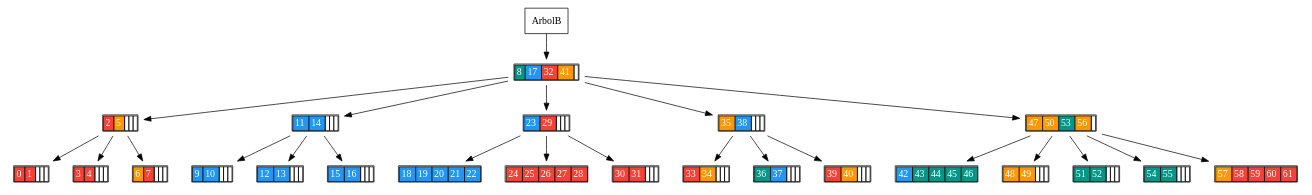
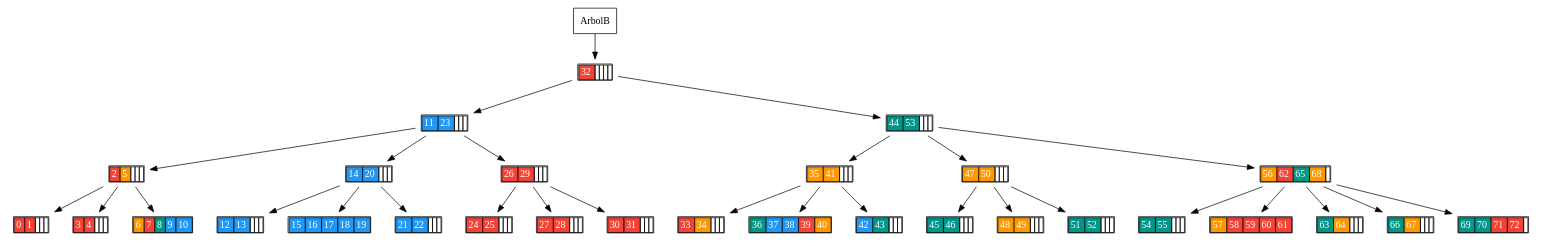
One commit to pablunsky/fuzzy-cat changed the diagram in servidor/src/main/webapp/W3.CSS Template_files/arbol.dot. Above: the diagram before and after it, drawn with Graphviz. The commit also changed 83 other files, not shown here.

```diff
--- a/servidor/src/main/webapp/W3.CSS Template_files/arbol.dot
+++ b/servidor/src/main/webapp/W3.CSS Template_files/arbol.dot
@@ -1,48 +1,60 @@
 digraph arbol{
-ArbolB [shape=record, fontname="Raleway", label=ArbolB]2109226365 [shape=none, fontname="Raleway",label=<<TABLE CELLSPACING="0"><TR><TD BGCOLOR ="#009688"><FONT COLOR="white">8</FONT></TD><TD BGCOLOR ="#2196F3"><FONT COLOR="white">17</FONT></TD><TD BGCOLOR ="#f44336"><FONT COLOR="white">32</FONT></TD><TD BGCOLOR ="#ff9800"><FONT COLOR="white">41</FONT></TD><TD></TD></TR></TABLE>>];
-ArbolB -> 2109226365;
-395342106 [shape=none, fontname="Raleway",label=<<TABLE CELLSPACING="0"><TR><TD BGCOLOR ="#f44336"><FONT COLOR="white">2</FONT></TD><TD BGCOLOR ="#ff9800"><FONT COLOR="white">5</FONT></TD><TD></TD><TD></TD><TD></TD></TR></TABLE>>];
-2109226365 -> 395342106;
-1432263561 [shape=none, fontname="Raleway",label=<<TABLE CELLSPACING="0"><TR><TD BGCOLOR ="#f44336"><FONT COLOR="white">0</FONT></TD><TD BGCOLOR ="#f44336"><FONT COLOR="white">1</FONT></TD><TD></TD><TD></TD><TD></TD></TR></TABLE>>];
-395342106 -> 1432263561;
-2053160867 [shape=none, fontname="Raleway",label=<<TABLE CELLSPACING="0"><TR><TD BGCOLOR ="#f44336"><FONT COLOR="white">3</FONT></TD><TD BGCOLOR ="#f44336"><FONT COLOR="white">4</FONT></TD><TD></TD><TD></TD><TD></TD></TR></TABLE>>];
-395342106 -> 2053160867;
-1175402055 [shape=none, fontname="Raleway",label=<<TABLE CELLSPACING="0"><TR><TD BGCOLOR ="#ff9800"><FONT COLOR="white">6</FONT></TD><TD BGCOLOR ="#f44336"><FONT COLOR="white">7</FONT></TD><TD></TD><TD></TD><TD></TD></TR></TABLE>>];
-395342106 -> 1175402055;
-1375962941 [shape=none, fontname="Raleway",label=<<TABLE CELLSPACING="0"><TR><TD BGCOLOR ="#2196F3"><FONT COLOR="white">11</FONT></TD><TD BGCOLOR ="#2196F3"><FONT COLOR="white">14</FONT></TD><TD></TD><TD></TD><TD></TD></TR></TABLE>>];
-2109226365 -> 1375962941;
-1931533351 [shape=none, fontname="Raleway",label=<<TABLE CELLSPACING="0"><TR><TD BGCOLOR ="#2196F3"><FONT COLOR="white">9</FONT></TD><TD BGCOLOR ="#2196F3"><FONT COLOR="white">10</FONT></TD><TD></TD><TD></TD><TD></TD></TR></TABLE>>];
-1375962941 -> 1931533351;
-214104135 [shape=none, fontname="Raleway",label=<<TABLE CELLSPACING="0"><TR><TD BGCOLOR ="#2196F3"><FONT COLOR="white">12</FONT></TD><TD BGCOLOR ="#2196F3"><FONT COLOR="white">13</FONT></TD><TD></TD><TD></TD><TD></TD></TR></TABLE>>];
-1375962941 -> 214104135;
-859855510 [shape=none, fontname="Raleway",label=<<TABLE CELLSPACING="0"><TR><TD BGCOLOR ="#2196F3"><FONT COLOR="white">15</FONT></TD><TD BGCOLOR ="#2196F3"><FONT COLOR="white">16</FONT></TD><TD></TD><TD></TD><TD></TD></TR></TABLE>>];
-1375962941 -> 859855510;
-2100566444 [shape=none, fontname="Raleway",label=<<TABLE CELLSPACING="0"><TR><TD BGCOLOR ="#2196F3"><FONT COLOR="white">23</FONT></TD><TD BGCOLOR ="#f44336"><FONT COLOR="white">29</FONT></TD><TD></TD><TD></TD><TD></TD></TR></TABLE>>];
-2109226365 -> 2100566444;
-134226889 [shape=none, fontname="Raleway",label=<<TABLE CELLSPACING="0"><TR><TD BGCOLOR ="#2196F3"><FONT COLOR="white">18</FONT></TD><TD BGCOLOR ="#2196F3"><FONT COLOR="white">19</FONT></TD><TD BGCOLOR ="#2196F3"><FONT COLOR="white">20</FONT></TD><TD BGCOLOR ="#2196F3"><FONT COLOR="white">21</FONT></TD><TD BGCOLOR ="#2196F3"><FONT COLOR="white">22</FONT></TD></TR></TABLE>>];
-2100566444 -> 134226889;
-328983118 [shape=none, fontname="Raleway",label=<<TABLE CELLSPACING="0"><TR><TD BGCOLOR ="#f44336"><FONT COLOR="white">24</FONT></TD><TD BGCOLOR ="#f44336"><FONT COLOR="white">25</FONT></TD><TD BGCOLOR ="#f44336"><FONT COLOR="white">26</FONT></TD><TD BGCOLOR ="#f44336"><FONT COLOR="white">27</FONT></TD><TD BGCOLOR ="#f44336"><FONT COLOR="white">28</FONT></TD></TR></TABLE>>];
-2100566444 -> 328983118;
-582913601 [shape=none, fontname="Raleway",label=<<TABLE CELLSPACING="0"><TR><TD BGCOLOR ="#f44336"><FONT COLOR="white">30</FONT></TD><TD BGCOLOR ="#f44336"><FONT COLOR="white">31</FONT></TD><TD></TD><TD></TD><TD></TD></TR></TABLE>>];
-2100566444 -> 582913601;
-2132413123 [shape=none, fontname="Raleway",label=<<TABLE CELLSPACING="0"><TR><TD BGCOLOR ="#ff9800"><FONT COLOR="white">35</FONT></TD><TD BGCOLOR ="#2196F3"><FONT COLOR="white">38</FONT></TD><TD></TD><TD></TD><TD></TD></TR></TABLE>>];
-2109226365 -> 2132413123;
-1980592258 [shape=none, fontname="Raleway",label=<<TABLE CELLSPACING="0"><TR><TD BGCOLOR ="#f44336"><FONT COLOR="white">33</FONT></TD><TD BGCOLOR ="#ff9800"><FONT COLOR="white">34</FONT></TD><TD></TD><TD></TD><TD></TD></TR></TABLE>>];
-2132413123 -> 1980592258;
-986211743 [shape=none, fontname="Raleway",label=<<TABLE CELLSPACING="0"><TR><TD BGCOLOR ="#009688"><FONT COLOR="white">36</FONT></TD><TD BGCOLOR ="#2196F3"><FONT COLOR="white">37</FONT></TD><TD></TD><TD></TD><TD></TD></TR></TABLE>>];
-2132413123 -> 986211743;
-1825712129 [shape=none, fontname="Raleway",label=<<TABLE CELLSPACING="0"><TR><TD BGCOLOR ="#f44336"><FONT COLOR="white">39</FONT></TD><TD BGCOLOR ="#ff9800"><FONT COLOR="white">40</FONT></TD><TD></TD><TD></TD><TD></TD></TR></TABLE>>];
-2132413123 -> 1825712129;
-1127312202 [shape=none, fontname="Raleway",label=<<TABLE CELLSPACING="0"><TR><TD BGCOLOR ="#ff9800"><FONT COLOR="white">47</FONT></TD><TD BGCOLOR ="#ff9800"><FONT COLOR="white">50</FONT></TD><TD BGCOLOR ="#009688"><FONT COLOR="white">53</FONT></TD><TD BGCOLOR ="#ff9800"><FONT COLOR="white">56</FONT></TD><TD></TD></TR></TABLE>>];
-2109226365 -> 1127312202;
-1587907278 [shape=none, fontname="Raleway",label=<<TABLE CELLSPACING="0"><TR><TD BGCOLOR ="#2196F3"><FONT COLOR="white">42</FONT></TD><TD BGCOLOR ="#009688"><FONT COLOR="white">43</FONT></TD><TD BGCOLOR ="#009688"><FONT COLOR="white">44</FONT></TD><TD BGCOLOR ="#009688"><FONT COLOR="white">45</FONT></TD><TD BGCOLOR ="#009688"><FONT COLOR="white">46</FONT></TD></TR></TABLE>>];
-1127312202 -> 1587907278;
-658044952 [shape=none, fontname="Raleway",label=<<TABLE CELLSPACING="0"><TR><TD BGCOLOR ="#ff9800"><FONT COLOR="white">48</FONT></TD><TD BGCOLOR ="#ff9800"><FONT COLOR="white">49</FONT></TD><TD></TD><TD></TD><TD></TD></TR></TABLE>>];
-1127312202 -> 658044952;
-1524059870 [shape=none, fontname="Raleway",label=<<TABLE CELLSPACING="0"><TR><TD BGCOLOR ="#009688"><FONT COLOR="white">51</FONT></TD><TD BGCOLOR ="#009688"><FONT COLOR="white">52</FONT></TD><TD></TD><TD></TD><TD></TD></TR></TABLE>>];
-1127312202 -> 1524059870;
-309597685 [shape=none, fontname="Raleway",label=<<TABLE CELLSPACING="0"><TR><TD BGCOLOR ="#009688"><FONT COLOR="white">54</FONT></TD><TD BGCOLOR ="#009688"><FONT COLOR="white">55</FONT></TD><TD></TD><TD></TD><TD></TD></TR></TABLE>>];
-1127312202 -> 309597685;
-29779396 [shape=none, fontname="Raleway",label=<<TABLE CELLSPACING="0"><TR><TD BGCOLOR ="#ff9800"><FONT COLOR="white">57</FONT></TD><TD BGCOLOR ="#f44336"><FONT COLOR="white">58</FONT></TD><TD BGCOLOR ="#f44336"><FONT COLOR="white">59</FONT></TD><TD BGCOLOR ="#f44336"><FONT COLOR="white">60</FONT></TD><TD BGCOLOR ="#f44336"><FONT COLOR="white">61</FONT></TD></TR></TABLE>>];
-1127312202 -> 29779396;
+ArbolB [shape=record, fontname="Raleway", label=ArbolB]29193928 [shape=none, fontname="Raleway",label=<<TABLE CELLSPACING="0"><TR><TD BGCOLOR ="#f44336"><FONT COLOR="white">32</FONT></TD><TD></TD><TD></TD><TD></TD><TD></TD></TR></TABLE>>];
+ArbolB -> 29193928;
+1119079075 [shape=none, fontname="Raleway",label=<<TABLE CELLSPACING="0"><TR><TD BGCOLOR ="#2196F3"><FONT COLOR="white">11</FONT></TD><TD BGCOLOR ="#2196F3"><FONT COLOR="white">23</FONT></TD><TD></TD><TD></TD><TD></TD></TR></TABLE>>];
+29193928 -> 1119079075;
+469108039 [shape=none, fontname="Raleway",label=<<TABLE CELLSPACING="0"><TR><TD BGCOLOR ="#f44336"><FONT COLOR="white">2</FONT></TD><TD BGCOLOR ="#ff9800"><FONT COLOR="white">5</FONT></TD><TD></TD><TD></TD><TD></TD></TR></TABLE>>];
+1119079075 -> 469108039;
+1882035469 [shape=none, fontname="Raleway",label=<<TABLE CELLSPACING="0"><TR><TD BGCOLOR ="#f44336"><FONT COLOR="white">0</FONT></TD><TD BGCOLOR ="#f44336"><FONT COLOR="white">1</FONT></TD><TD></TD><TD></TD><TD></TD></TR></TABLE>>];
+469108039 -> 1882035469;
+441231094 [shape=none, fontname="Raleway",label=<<TABLE CELLSPACING="0"><TR><TD BGCOLOR ="#f44336"><FONT COLOR="white">3</FONT></TD><TD BGCOLOR ="#f44336"><FONT COLOR="white">4</FONT></TD><TD></TD><TD></TD><TD></TD></TR></TABLE>>];
+469108039 -> 441231094;
+1190564302 [shape=none, fontname="Raleway",label=<<TABLE CELLSPACING="0"><TR><TD BGCOLOR ="#ff9800"><FONT COLOR="white">6</FONT></TD><TD BGCOLOR ="#f44336"><FONT COLOR="white">7</FONT></TD><TD BGCOLOR ="#009688"><FONT COLOR="white">8</FONT></TD><TD BGCOLOR ="#2196F3"><FONT COLOR="white">9</FONT></TD><TD BGCOLOR ="#2196F3"><FONT COLOR="white">10</FONT></TD></TR></TABLE>>];
+469108039 -> 1190564302;
+1828812906 [shape=none, fontname="Raleway",label=<<TABLE CELLSPACING="0"><TR><TD BGCOLOR ="#2196F3"><FONT COLOR="white">14</FONT></TD><TD BGCOLOR ="#2196F3"><FONT COLOR="white">20</FONT></TD><TD></TD><TD></TD><TD></TD></TR></TABLE>>];
+1119079075 -> 1828812906;
+1905790266 [shape=none, fontname="Raleway",label=<<TABLE CELLSPACING="0"><TR><TD BGCOLOR ="#2196F3"><FONT COLOR="white">12</FONT></TD><TD BGCOLOR ="#2196F3"><FONT COLOR="white">13</FONT></TD><TD></TD><TD></TD><TD></TD></TR></TABLE>>];
+1828812906 -> 1905790266;
+245133033 [shape=none, fontname="Raleway",label=<<TABLE CELLSPACING="0"><TR><TD BGCOLOR ="#2196F3"><FONT COLOR="white">15</FONT></TD><TD BGCOLOR ="#2196F3"><FONT COLOR="white">16</FONT></TD><TD BGCOLOR ="#2196F3"><FONT COLOR="white">17</FONT></TD><TD BGCOLOR ="#2196F3"><FONT COLOR="white">18</FONT></TD><TD BGCOLOR ="#2196F3"><FONT COLOR="white">19</FONT></TD></TR></TABLE>>];
+1828812906 -> 245133033;
+2081879573 [shape=none, fontname="Raleway",label=<<TABLE CELLSPACING="0"><TR><TD BGCOLOR ="#2196F3"><FONT COLOR="white">21</FONT></TD><TD BGCOLOR ="#2196F3"><FONT COLOR="white">22</FONT></TD><TD></TD><TD></TD><TD></TD></TR></TABLE>>];
+1828812906 -> 2081879573;
+447874005 [shape=none, fontname="Raleway",label=<<TABLE CELLSPACING="0"><TR><TD BGCOLOR ="#f44336"><FONT COLOR="white">26</FONT></TD><TD BGCOLOR ="#f44336"><FONT COLOR="white">29</FONT></TD><TD></TD><TD></TD><TD></TD></TR></TABLE>>];
+1119079075 -> 447874005;
+737295460 [shape=none, fontname="Raleway",label=<<TABLE CELLSPACING="0"><TR><TD BGCOLOR ="#f44336"><FONT COLOR="white">24</FONT></TD><TD BGCOLOR ="#f44336"><FONT COLOR="white">25</FONT></TD><TD></TD><TD></TD><TD></TD></TR></TABLE>>];
+447874005 -> 737295460;
+1190458581 [shape=none, fontname="Raleway",label=<<TABLE CELLSPACING="0"><TR><TD BGCOLOR ="#f44336"><FONT COLOR="white">27</FONT></TD><TD BGCOLOR ="#f44336"><FONT COLOR="white">28</FONT></TD><TD></TD><TD></TD><TD></TD></TR></TABLE>>];
+447874005 -> 1190458581;
+219747392 [shape=none, fontname="Raleway",label=<<TABLE CELLSPACING="0"><TR><TD BGCOLOR ="#f44336"><FONT COLOR="white">30</FONT></TD><TD BGCOLOR ="#f44336"><FONT COLOR="white">31</FONT></TD><TD></TD><TD></TD><TD></TD></TR></TABLE>>];
+447874005 -> 219747392;
+129958557 [shape=none, fontname="Raleway",label=<<TABLE CELLSPACING="0"><TR><TD BGCOLOR ="#009688"><FONT COLOR="white">44</FONT></TD><TD BGCOLOR ="#009688"><FONT COLOR="white">53</FONT></TD><TD></TD><TD></TD><TD></TD></TR></TABLE>>];
+29193928 -> 129958557;
+1024728850 [shape=none, fontname="Raleway",label=<<TABLE CELLSPACING="0"><TR><TD BGCOLOR ="#ff9800"><FONT COLOR="white">35</FONT></TD><TD BGCOLOR ="#ff9800"><FONT COLOR="white">41</FONT></TD><TD></TD><TD></TD><TD></TD></TR></TABLE>>];
+129958557 -> 1024728850;
+1546065465 [shape=none, fontname="Raleway",label=<<TABLE CELLSPACING="0"><TR><TD BGCOLOR ="#f44336"><FONT COLOR="white">33</FONT></TD><TD BGCOLOR ="#ff9800"><FONT COLOR="white">34</FONT></TD><TD></TD><TD></TD><TD></TD></TR></TABLE>>];
+1024728850 -> 1546065465;
+433697513 [shape=none, fontname="Raleway",label=<<TABLE CELLSPACING="0"><TR><TD BGCOLOR ="#009688"><FONT COLOR="white">36</FONT></TD><TD BGCOLOR ="#2196F3"><FONT COLOR="white">37</FONT></TD><TD BGCOLOR ="#2196F3"><FONT COLOR="white">38</FONT></TD><TD BGCOLOR ="#f44336"><FONT COLOR="white">39</FONT></TD><TD BGCOLOR ="#ff9800"><FONT COLOR="white">40</FONT></TD></TR></TABLE>>];
+1024728850 -> 433697513;
+1712189605 [shape=none, fontname="Raleway",label=<<TABLE CELLSPACING="0"><TR><TD BGCOLOR ="#2196F3"><FONT COLOR="white">42</FONT></TD><TD BGCOLOR ="#009688"><FONT COLOR="white">43</FONT></TD><TD></TD><TD></TD><TD></TD></TR></TABLE>>];
+1024728850 -> 1712189605;
+2071764985 [shape=none, fontname="Raleway",label=<<TABLE CELLSPACING="0"><TR><TD BGCOLOR ="#ff9800"><FONT COLOR="white">47</FONT></TD><TD BGCOLOR ="#ff9800"><FONT COLOR="white">50</FONT></TD><TD></TD><TD></TD><TD></TD></TR></TABLE>>];
+129958557 -> 2071764985;
+529451121 [shape=none, fontname="Raleway",label=<<TABLE CELLSPACING="0"><TR><TD BGCOLOR ="#009688"><FONT COLOR="white">45</FONT></TD><TD BGCOLOR ="#009688"><FONT COLOR="white">46</FONT></TD><TD></TD><TD></TD><TD></TD></TR></TABLE>>];
+2071764985 -> 529451121;
+1259630483 [shape=none, fontname="Raleway",label=<<TABLE CELLSPACING="0"><TR><TD BGCOLOR ="#ff9800"><FONT COLOR="white">48</FONT></TD><TD BGCOLOR ="#ff9800"><FONT COLOR="white">49</FONT></TD><TD></TD><TD></TD><TD></TD></TR></TABLE>>];
+2071764985 -> 1259630483;
+1117075084 [shape=none, fontname="Raleway",label=<<TABLE CELLSPACING="0"><TR><TD BGCOLOR ="#009688"><FONT COLOR="white">51</FONT></TD><TD BGCOLOR ="#009688"><FONT COLOR="white">52</FONT></TD><TD></TD><TD></TD><TD></TD></TR></TABLE>>];
+2071764985 -> 1117075084;
+1560930928 [shape=none, fontname="Raleway",label=<<TABLE CELLSPACING="0"><TR><TD BGCOLOR ="#ff9800"><FONT COLOR="white">56</FONT></TD><TD BGCOLOR ="#f44336"><FONT COLOR="white">62</FONT></TD><TD BGCOLOR ="#009688"><FONT COLOR="white">65</FONT></TD><TD BGCOLOR ="#ff9800"><FONT COLOR="white">68</FONT></TD><TD></TD></TR></TABLE>>];
+129958557 -> 1560930928;
+875392224 [shape=none, fontname="Raleway",label=<<TABLE CELLSPACING="0"><TR><TD BGCOLOR ="#009688"><FONT COLOR="white">54</FONT></TD><TD BGCOLOR ="#009688"><FONT COLOR="white">55</FONT></TD><TD></TD><TD></TD><TD></TD></TR></TABLE>>];
+1560930928 -> 875392224;
+1554900225 [shape=none, fontname="Raleway",label=<<TABLE CELLSPACING="0"><TR><TD BGCOLOR ="#ff9800"><FONT COLOR="white">57</FONT></TD><TD BGCOLOR ="#f44336"><FONT COLOR="white">58</FONT></TD><TD BGCOLOR ="#f44336"><FONT COLOR="white">59</FONT></TD><TD BGCOLOR ="#f44336"><FONT COLOR="white">60</FONT></TD><TD BGCOLOR ="#f44336"><FONT COLOR="white">61</FONT></TD></TR></TABLE>>];
+1560930928 -> 1554900225;
+929536334 [shape=none, fontname="Raleway",label=<<TABLE CELLSPACING="0"><TR><TD BGCOLOR ="#009688"><FONT COLOR="white">63</FONT></TD><TD BGCOLOR ="#ff9800"><FONT COLOR="white">64</FONT></TD><TD></TD><TD></TD><TD></TD></TR></TABLE>>];
+1560930928 -> 929536334;
+623886264 [shape=none, fontname="Raleway",label=<<TABLE CELLSPACING="0"><TR><TD BGCOLOR ="#009688"><FONT COLOR="white">66</FONT></TD><TD BGCOLOR ="#ff9800"><FONT COLOR="white">67</FONT></TD><TD></TD><TD></TD><TD></TD></TR></TABLE>>];
+1560930928 -> 623886264;
+2059046289 [shape=none, fontname="Raleway",label=<<TABLE CELLSPACING="0"><TR><TD BGCOLOR ="#009688"><FONT COLOR="white">69</FONT></TD><TD BGCOLOR ="#009688"><FONT COLOR="white">70</FONT></TD><TD BGCOLOR ="#f44336"><FONT COLOR="white">71</FONT></TD><TD BGCOLOR ="#f44336"><FONT COLOR="white">72</FONT></TD><TD></TD></TR></TABLE>>];
+1560930928 -> 2059046289;
 }
```
